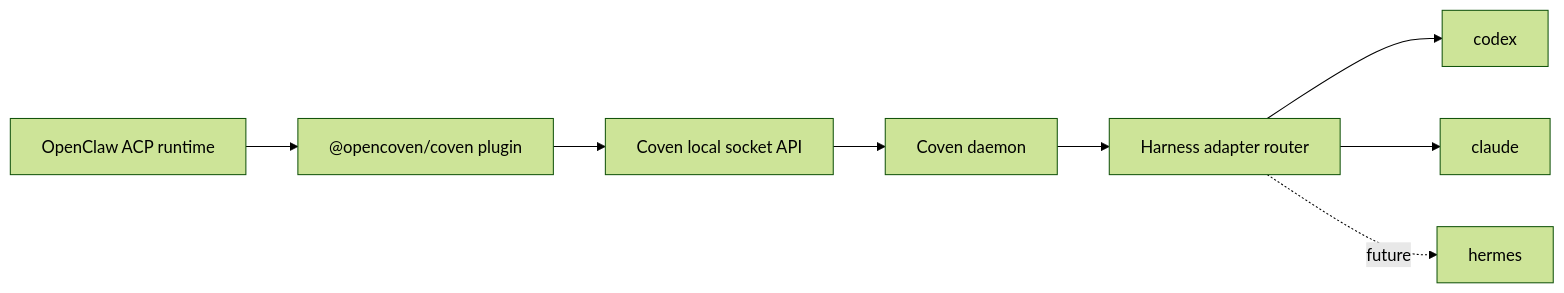
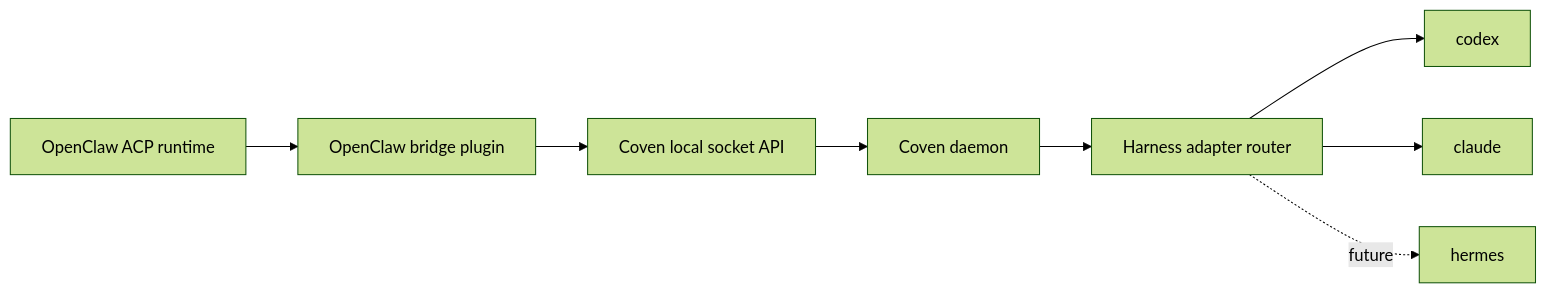
Before and after one commit to OpenCoven/coven: the diagram in docs/harnesses/openclaw.md, drawn with Mermaid (forest theme). The commit also changed other lines of this file and 48 other files, not shown here.

````diff
--- a/docs/harnesses/openclaw.md
+++ b/docs/harnesses/openclaw.md
@@ -16,10 +16,10 @@
 ```mermaid
 flowchart LR
-  OpenClaw[OpenClaw ACP runtime] --> Bridge["@opencoven/coven plugin"]
+  OpenClaw[OpenClaw ACP runtime] --> Bridge["OpenClaw bridge plugin"]
   Bridge --> Socket["Coven local socket API"]
   Socket --> Daemon["Coven daemon"]
   Daemon --> Adapter["Harness adapter router"]
   Adapter --> Codex["codex"]
   Adapter --> Claude["claude"]
   Adapter -. future .-> Hermes["hermes"]
 ```
````
